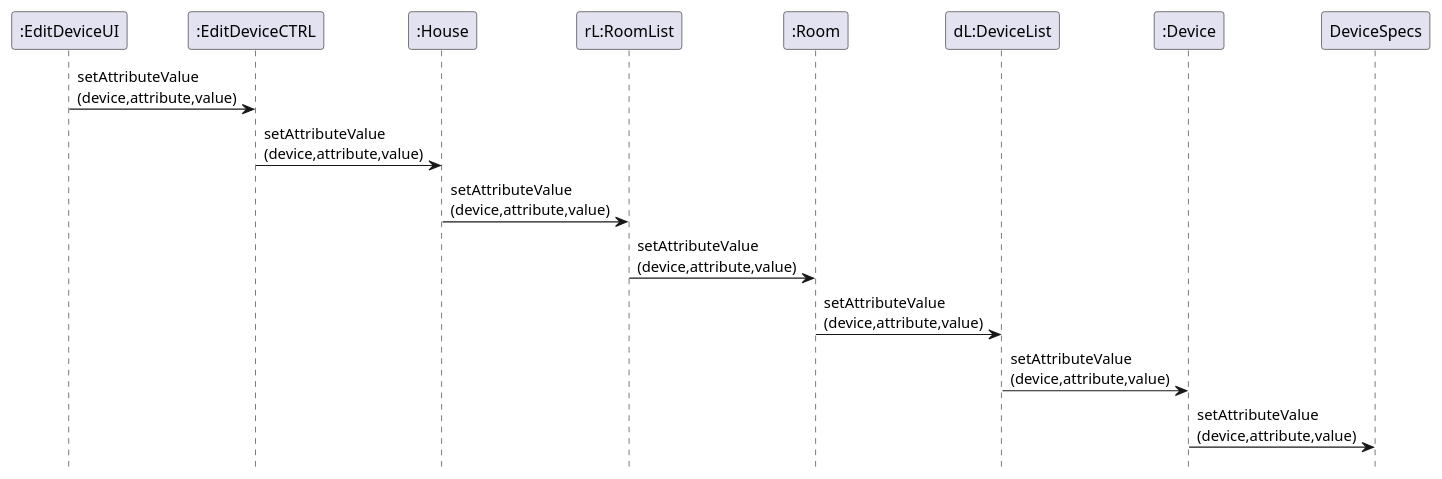
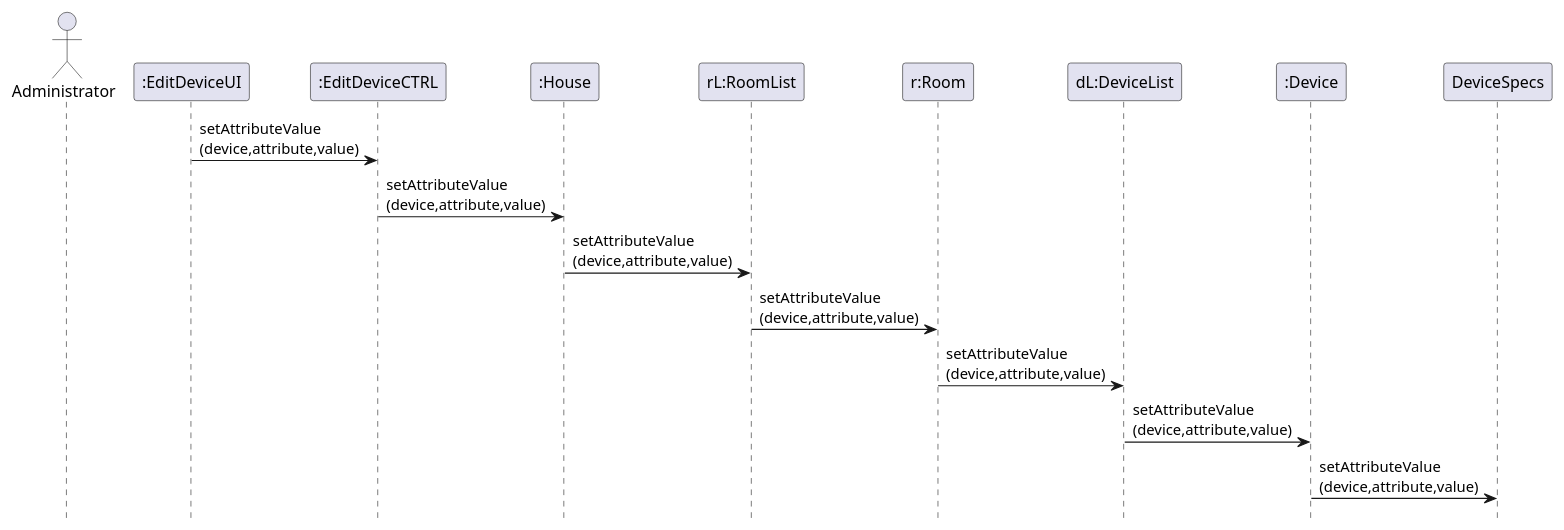
The diagram in src/main/java/smarthome/uml/sequencediagrams/EditDeviceSequenceRef3.puml (emanuel-pereira/hou), drawn with PlantUML before and after one commit. The commit also changed 7 other files, not shown here.

Commit message:
Correction of diagrams: Domain Model, EditDevice Sequence Diagram and Class Diagram, EnergyConsumptionOfWaterHeating Sequence Diagram

```diff
--- a/src/main/java/smarthome/uml/sequencediagrams/EditDeviceSequenceRef3.puml
+++ b/src/main/java/smarthome/uml/sequencediagrams/EditDeviceSequenceRef3.puml
@@ -1,13 +1,15 @@
 @startuml
 hidefootbox
+
+actor Administrator
 
 ":EditDeviceUI" -> ":EditDeviceCTRL": setAttributeValue\n(device,attribute,value)
 ":EditDeviceCTRL" -> ":House": setAttributeValue\n(device,attribute,value)
 ":House" -> "rL:RoomList": setAttributeValue\n(device,attribute,value)
-"rL:RoomList" -> ":Room": setAttributeValue\n(device,attribute,value)
-":Room" -> "dL:DeviceList": setAttributeValue\n(device,attribute,value)
+"rL:RoomList" -> "r:Room": setAttributeValue\n(device,attribute,value)
+"r:Room" -> "dL:DeviceList": setAttributeValue\n(device,attribute,value)
 "dL:DeviceList" -> ":Device": setAttributeValue\n(device,attribute,value)
 ":Device" -> "DeviceSpecs": setAttributeValue\n(device,attribute,value)
 
 
 @enduml
```
